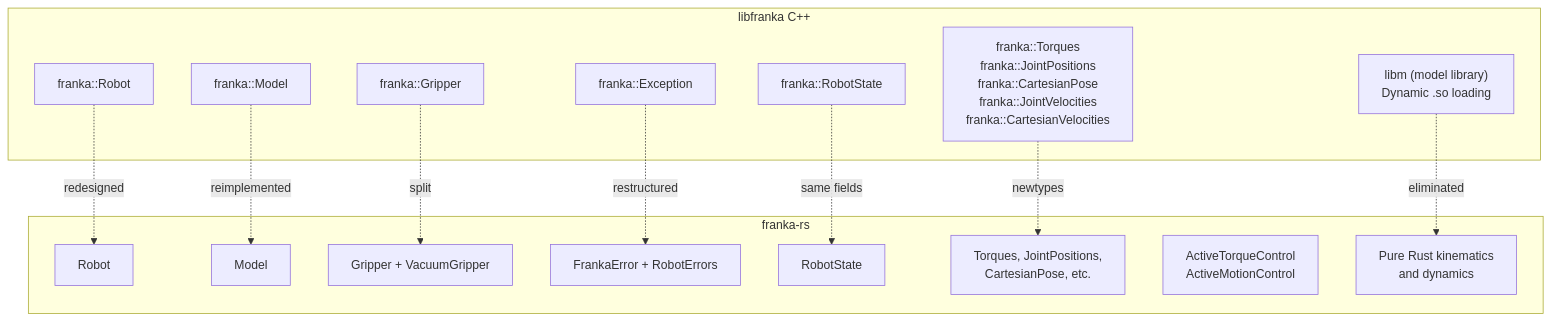
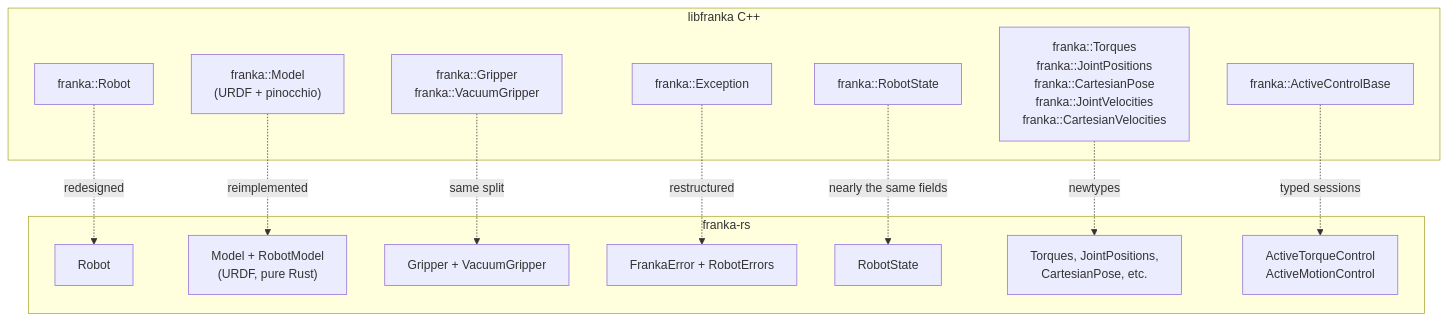
The diagram in docs/src/design/comparison.md (ColeTen/franka-rs), drawn with Mermaid before and after one commit. The commit also changed other lines of this file and 43 other files, not shown here.

````diff
--- a/docs/src/design/comparison.md
+++ b/docs/src/design/comparison.md
@@ -7,31 +12,30 @@
 ```mermaid
 flowchart TD
     subgraph "libfranka C++"
         CPP_R["franka::Robot"]
-        CPP_M["franka::Model"]
-        CPP_G["franka::Gripper"]
+        CPP_M["franka::Model<br/>(URDF + pinocchio)"]
+        CPP_G["franka::Gripper<br/>franka::VacuumGripper"]
         CPP_EX["franka::Exception"]
         CPP_RS["franka::RobotState"]
         CPP_CMD["franka::Torques<br/>franka::JointPositions<br/>franka::CartesianPose<br/>franka::JointVelocities<br/>franka::CartesianVelocities"]
-        CPP_LIB["libm (model library)<br/>Dynamic .so loading"]
+        CPP_AC["franka::ActiveControlBase"]
     end
 
     subgraph "franka-rs"
         RS_R["Robot"]
-        RS_M["Model"]
+        RS_M["Model + RobotModel<br/>(URDF, pure Rust)"]
         RS_G["Gripper + VacuumGripper"]
         RS_ERR["FrankaError + RobotErrors"]
         RS_RS["RobotState"]
         RS_CMD["Torques, JointPositions,<br/>CartesianPose, etc."]
         RS_AC["ActiveTorqueControl<br/>ActiveMotionControl"]
-        RS_PURE["Pure Rust kinematics<br/>and dynamics"]
     end
 
     CPP_R -.->|"redesigned"| RS_R
     CPP_M -.->|"reimplemented"| RS_M
-    CPP_G -.->|"split"| RS_G
+    CPP_G -.->|"same split"| RS_G
     CPP_EX -.->|"restructured"| RS_ERR
-    CPP_RS -.->|"same fields"| RS_RS
+    CPP_RS -.->|"nearly the same fields"| RS_RS
     CPP_CMD -.->|"newtypes"| RS_CMD
-    CPP_LIB -.->|"eliminated"| RS_PURE
+    CPP_AC -.->|"typed sessions"| RS_AC
 ```
````
